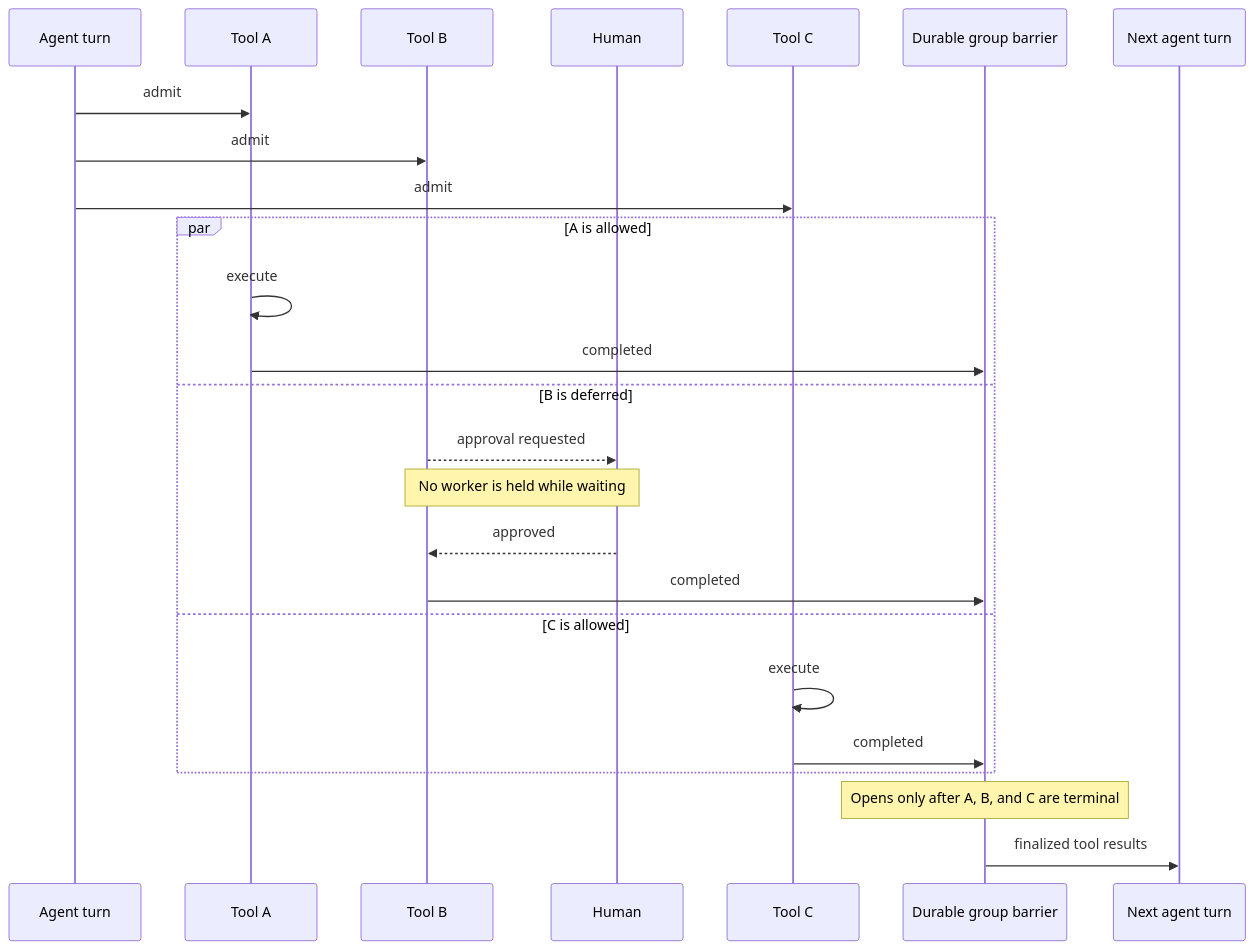
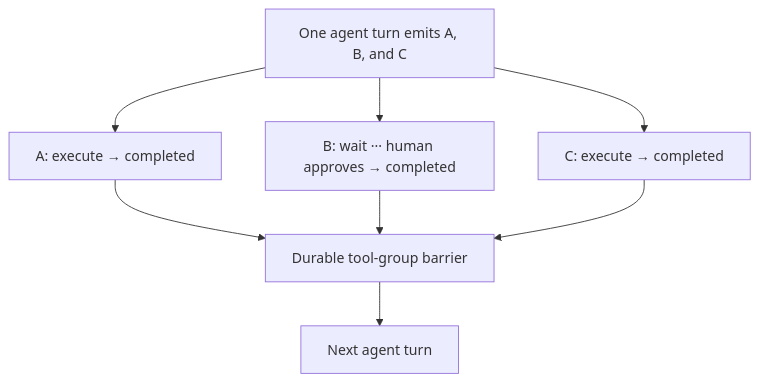
Before and after one commit to johnathanchiu/actant: the diagram in README.md, drawn with Mermaid. The commit also changed other lines of this file, not shown here.

````diff
--- a/README.md
+++ b/README.md
@@ -57,30 +22,15 @@
 ```mermaid
-sequenceDiagram
-    participant Turn as Agent turn
-    participant A as Tool A
-    participant B as Tool B
-    participant Human
-    participant C as Tool C
-    participant Barrier as Durable group barrier
-    participant Next as Next agent turn
+flowchart TB
+    Turn["One agent turn emits A, B, and C"]
+    A["A: execute → completed"]
+    B["B: wait ··· human approves → completed"]
+    C["C: execute → completed"]
+    Barrier["Durable tool-group barrier"]
+    Next["Next agent turn"]
 
-    Turn->>A: admit
-    Turn->>B: admit
-    Turn->>C: admit
-
-    par A is allowed
-        A->>A: execute
-        A->>Barrier: completed
-    and B is deferred
-        B-->>Human: approval requested
-        Note over B,Human: No worker is held while waiting
-        Human-->>B: approved
-        B->>Barrier: completed
-    and C is allowed
-        C->>C: execute
-        C->>Barrier: completed
-    end
-
-    Note over Barrier: Opens only after A, B, and C are terminal
-    Barrier->>Next: finalized tool results
+    Turn --> A & B & C
+    A --> Barrier
+    B --> Barrier
+    C --> Barrier
+    Barrier --> Next
 ```
````
